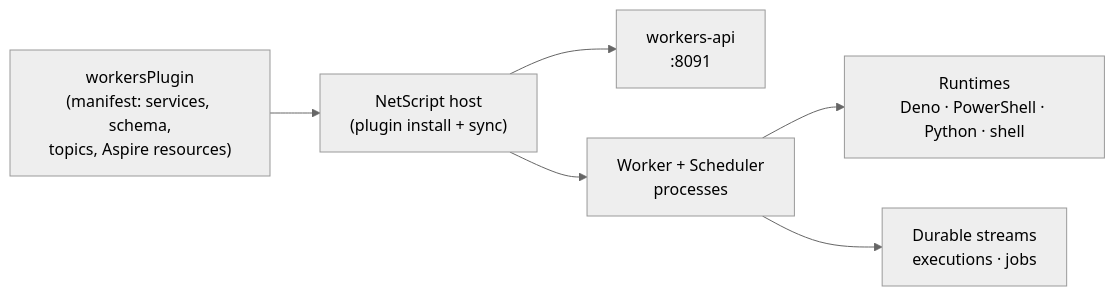
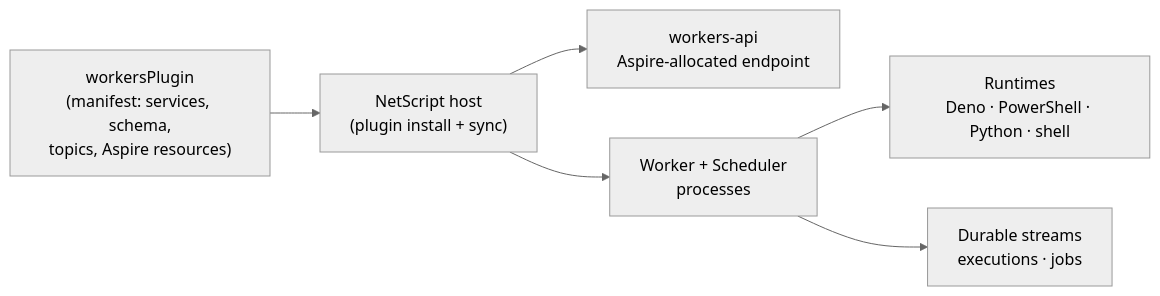
The diagram in plugins/workers/README.md (rickylabs/netscript), drawn with Mermaid (neutral theme) before and after one commit. The commit also changed other lines of this file and 34 other files, not shown here.

````diff
--- a/plugins/workers/README.md
+++ b/plugins/workers/README.md
@@ -41,8 +41,8 @@
 ```mermaid
 flowchart LR
     M["workersPlugin<br/>(manifest: services, schema,<br/>topics, Aspire resources)"] --> H["NetScript host<br/>(plugin install + sync)"]
-    H --> A["workers-api<br/>:8091"]
+    H --> A["workers-api<br/>Aspire-allocated endpoint"]
     H --> W["Worker + Scheduler<br/>processes"]
     W --> R["Runtimes<br/>Deno · PowerShell · Python · shell"]
     W --> S["Durable streams<br/>executions · jobs"]
 ```
````
